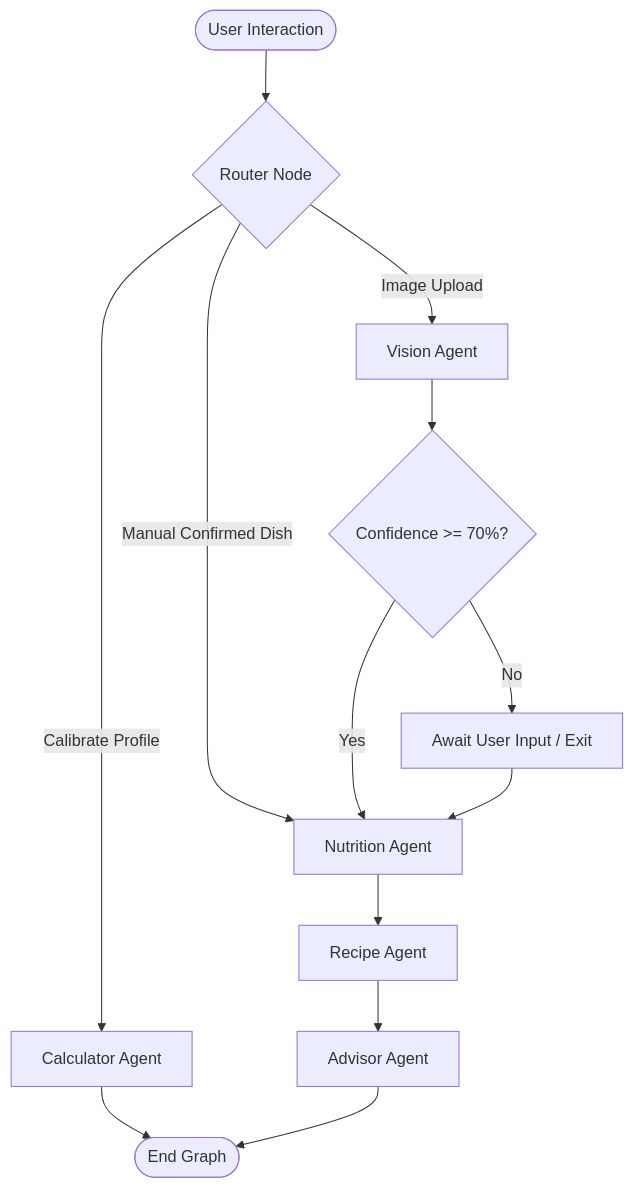
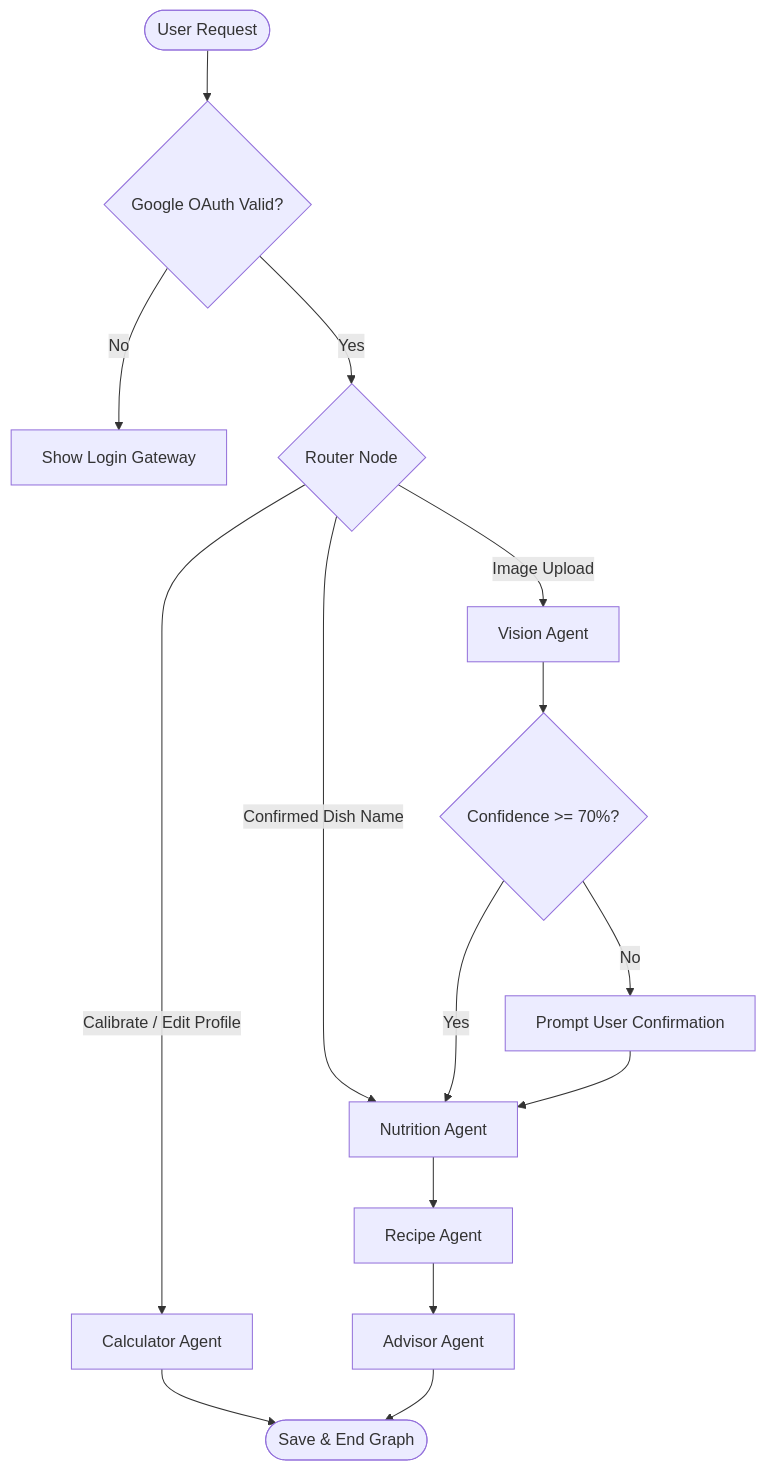
Before and after one commit to nvangaveti/DietFit: the diagram in README.md, drawn with Mermaid. The commit also changed other lines of this file, not shown here.

Commit message:
docs: update README with OAuth, security architecture, and test suite details

````diff
--- a/README.md
+++ b/README.md
@@ -23,19 +24,21 @@
 ```mermaid
 flowchart TD
-    Start([User Interaction]) --> Route{Router Node}
+    Start([User Request]) --> AuthGate{Google OAuth Valid?}
+    AuthGate -- "No" --> Login[Show Login Gateway]
+    AuthGate -- "Yes" --> Route{Router Node}
     
-    Route -- "Calibrate Profile" --> Calc[Calculator Agent]
+    Route -- "Calibrate / Edit Profile" --> Calc[Calculator Agent]
     Route -- "Image Upload" --> Vision[Vision Agent]
-    Route -- "Manual Confirmed Dish" --> Nutrition[Nutrition Agent]
+    Route -- "Confirmed Dish Name" --> Nutrition[Nutrition Agent]
     
-    Calc --> END([End Graph])
+    Calc --> END([Save & End Graph])
     
     Vision --> ConfCheck{Confidence >= 70%?}
     ConfCheck -- "Yes" --> Nutrition
-    ConfCheck -- "No" --> UserConfirm[Await User Input / Exit]
+    ConfCheck -- "No" --> UserConfirm[Prompt User Confirmation]
     UserConfirm --> Nutrition
     
     Nutrition --> Recipe[Recipe Agent]
     Recipe --> Advisor[Advisor Agent]
     Advisor --> END
 ```
````
